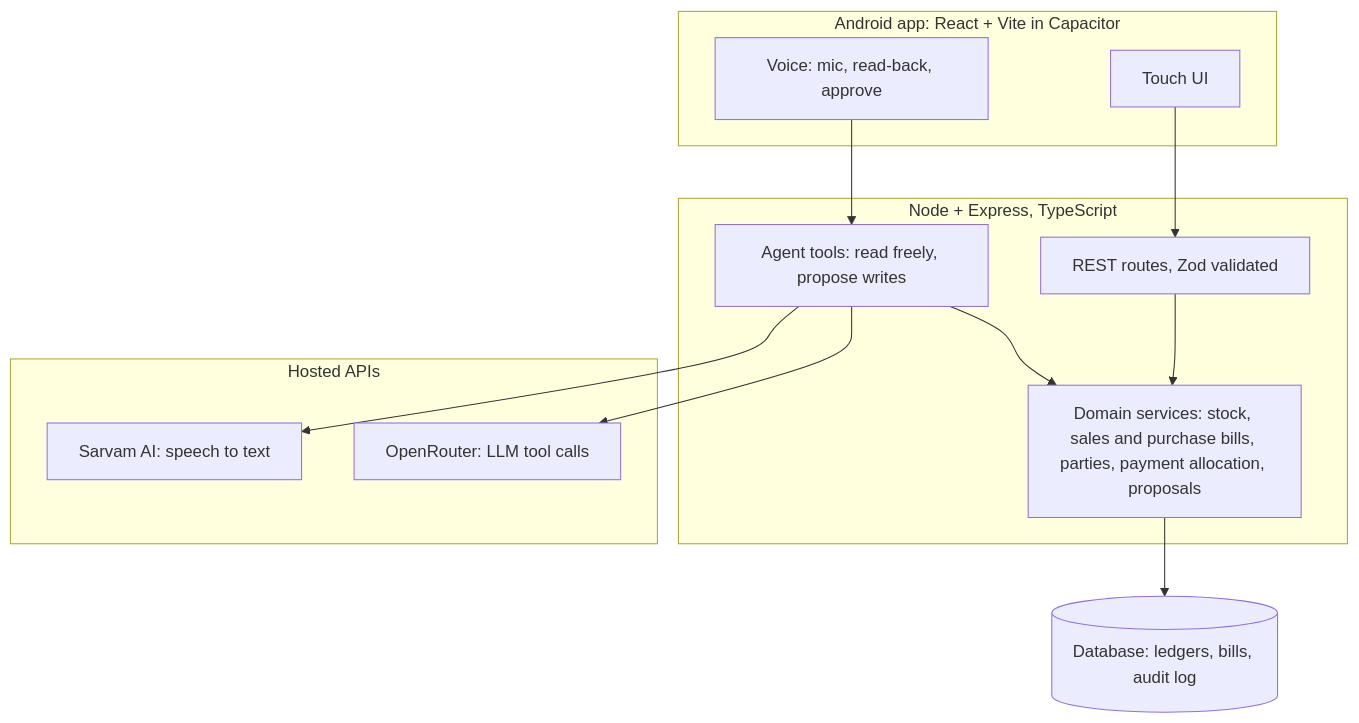
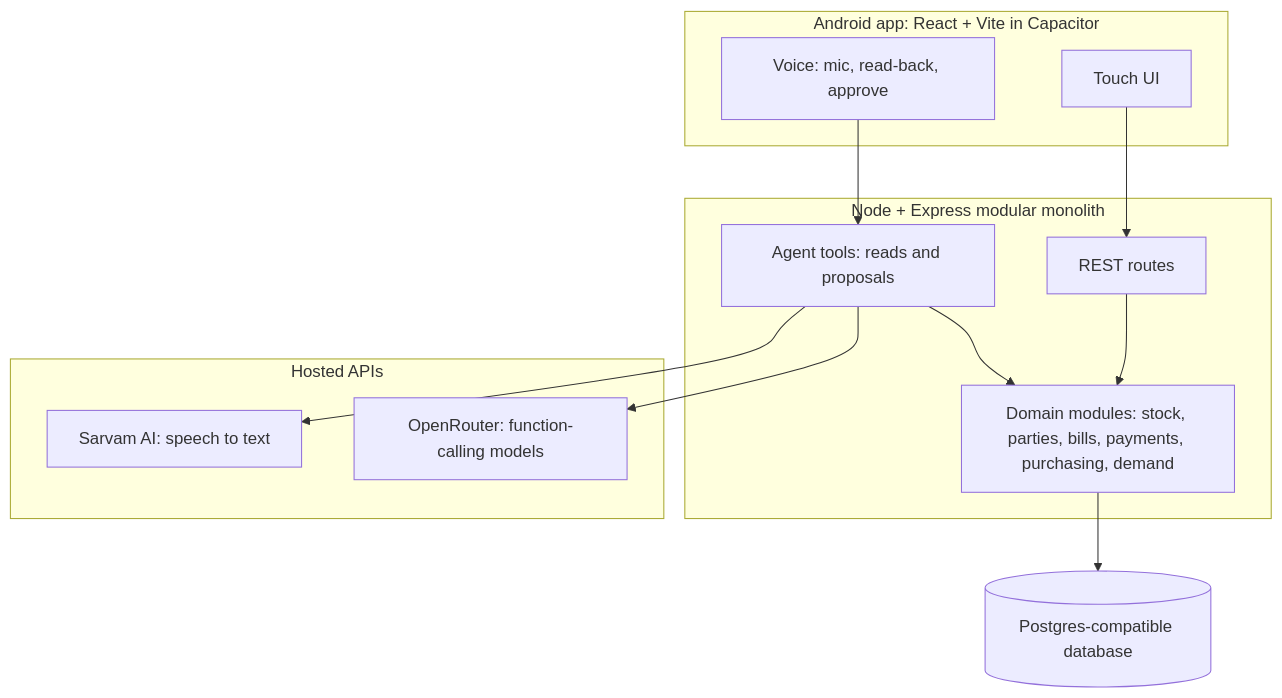
One commit to bvsaisujith/sauda changed the diagram in docs/architecture.md. Above: the diagram before and after it, drawn with Mermaid. The commit also changed other lines of this file and 8 other files, not shown here.

Commit message:
Rename product to Sauda and add demand-aware purchasing plan

````diff
--- a/docs/architecture.md
+++ b/docs/architecture.md
@@ -7,24 +7,24 @@
 ```mermaid
 flowchart TD
     subgraph App[Android app: React + Vite in Capacitor]
         T[Touch UI]
         V[Voice: mic, read-back, approve]
     end
-    subgraph Server[Node + Express, TypeScript]
-        R[REST routes, Zod validated]
-        A[Agent tools: read freely, propose writes]
-        S[Domain services: stock, sales and purchase bills, parties, payment allocation, proposals]
+    subgraph Server[Node + Express modular monolith]
+        R[REST routes]
+        A[Agent tools: reads and proposals]
+        S[Domain modules: stock, parties, bills, payments, purchasing, demand]
     end
     subgraph Hosted[Hosted APIs]
         SA[Sarvam AI: speech to text]
-        OR[OpenRouter: LLM tool calls]
+        OR[OpenRouter: function-calling models]
     end
-    DB[(Database: ledgers, bills, audit log)]
+    DB[(Postgres-compatible database)]
     T --> R
     V --> A
     R --> S
     A --> S
     A --> SA
     A --> OR
     S --> DB
 ```
````
